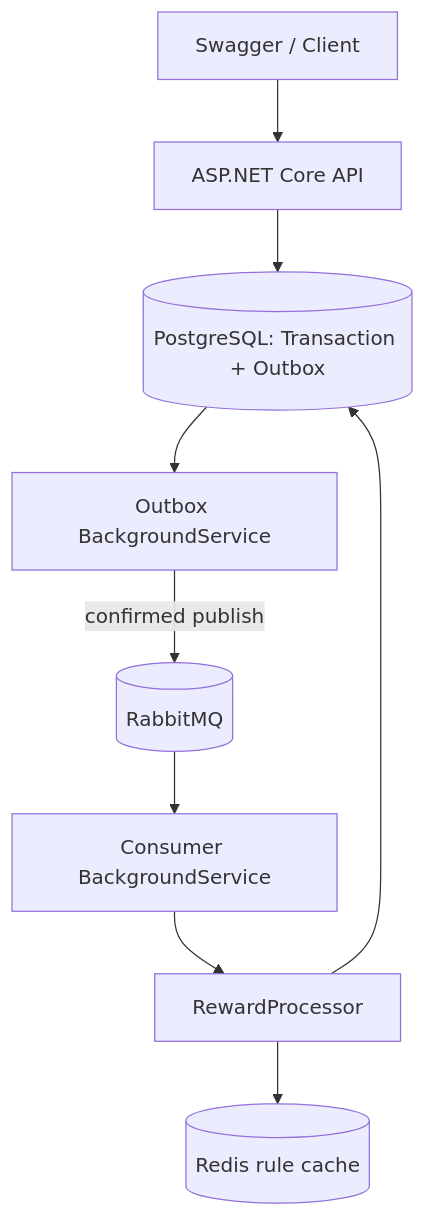
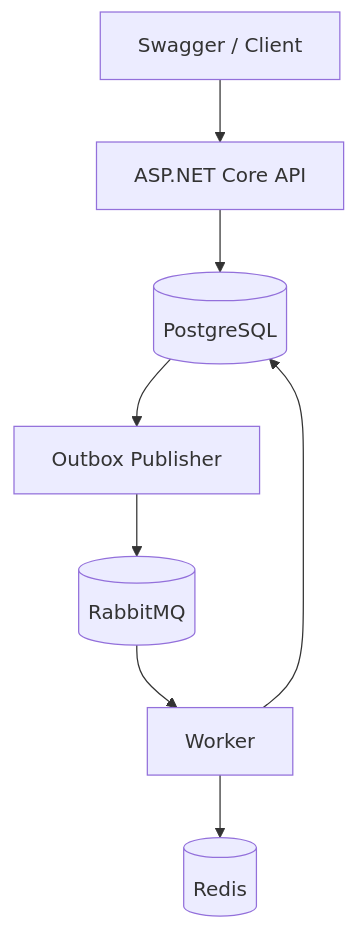
One commit to arutlistogannisan-art/RewardEngine changed the diagram in README.md. Above: the diagram before and after it, drawn with Mermaid. The commit also changed other lines of this file and 1 other file, not shown here.

````diff
--- a/README.md
+++ b/README.md
@@ -22,11 +18,10 @@
 ```mermaid
 flowchart TD
     Client[Swagger / Client] --> API[ASP.NET Core API]
-    API --> PG[(PostgreSQL: Transaction + Outbox)]
-    PG --> Publisher[Outbox BackgroundService]
-    Publisher -->|confirmed publish| MQ[(RabbitMQ)]
-    MQ --> Worker[Consumer BackgroundService]
-    Worker --> Processor[RewardProcessor]
-    Processor --> Redis[(Redis rule cache)]
-    Processor --> PG
+    API --> PG[(PostgreSQL)]
+    PG --> Publisher[Outbox Publisher]
+    Publisher --> MQ[(RabbitMQ)]
+    MQ --> Worker[Worker]
+    Worker --> Redis[(Redis)]
+    Worker --> PG
 ```
````
